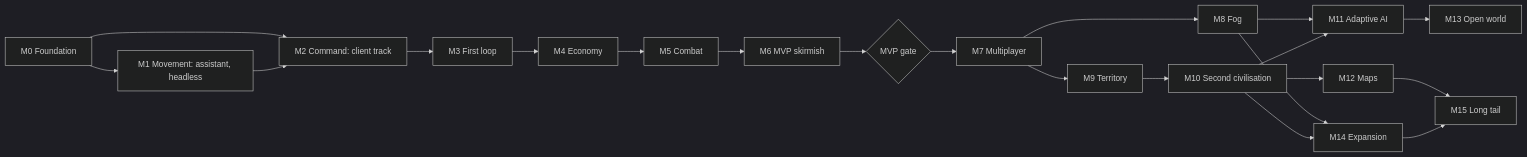
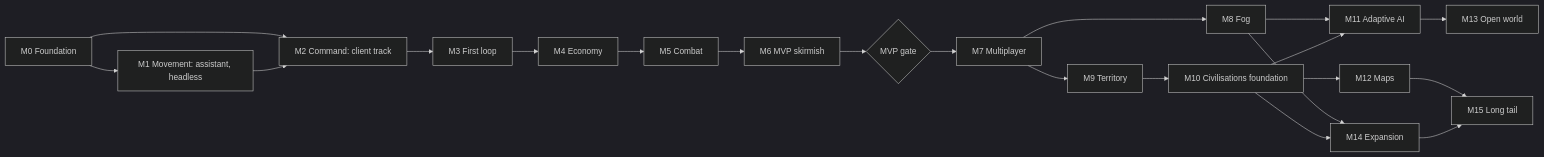
One commit to o-e-lytvynskyi/strategos changed the diagram in docs/ROADMAP.md. Above: the diagram before and after it, drawn with Mermaid (dark theme). The commit also changed other lines of this file and 9 other files, not shown here.

````diff
--- a/docs/ROADMAP.md
+++ b/docs/ROADMAP.md
@@ -118,19 +118,19 @@
 ```mermaid
 flowchart LR
   M0["M0 Foundation"] --> M1["M1 Movement: assistant, headless"]
   M0 --> M2["M2 Command: client track"]
   M1 --> M2
   M2 --> M3["M3 First loop"] --> M4["M4 Economy"] --> M5["M5 Combat"] --> M6["M6 MVP skirmish"]
   M6 --> G{"MVP gate"} --> M7["M7 Multiplayer"]
   M7 --> M8["M8 Fog"]
   M7 --> M9["M9 Territory"]
-  M9 --> M10["M10 Second civilisation"]
+  M9 --> M10["M10 Civilisations foundation"]
   M8 --> M11["M11 Adaptive AI"]
   M10 --> M11
   M10 --> M12["M12 Maps"]
   M8 --> M14["M14 Expansion"]
   M10 --> M14
   M11 --> M13["M13 Open world"]
   M12 --> M15["M15 Long tail"]
   M14 --> M15
 ```
````
